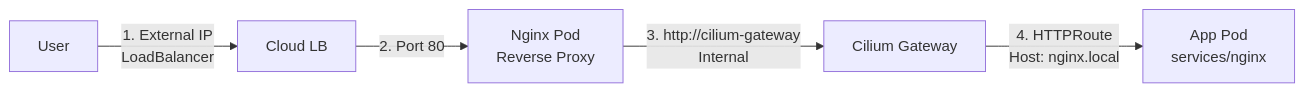
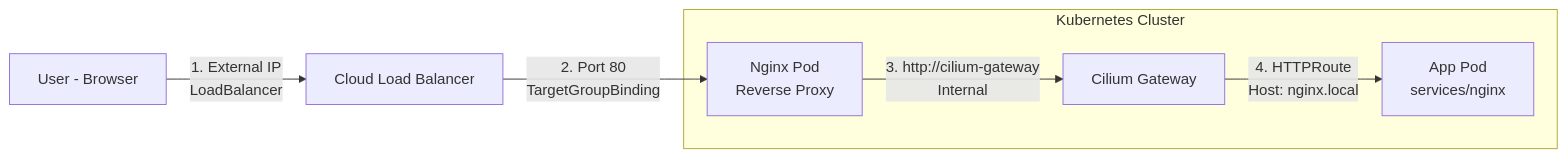
One commit to panicboat/monorepo changed the diagram in README-ja.md. Above: the diagram before and after it, drawn with Mermaid. The commit also changed other lines of this file and 4 other files, not shown here.

````diff
--- a/README-ja.md
+++ b/README-ja.md
@@ -36,7 +42,10 @@
 ```mermaid
 graph LR
-    User[User] -- "1. External IP<br>LoadBalancer" --> NginxLB[Cloud LB]
-    NginxLB -- "2. Port 80" --> NginxPod[Nginx Pod<br>Reverse Proxy]
+  User[User - Browser] -- "1. External IP<br>LoadBalancer" --> NginxLB[Cloud Load Balancer]
+  NginxLB -- "2. Port 80<br>TargetGroupBinding" --> NginxPod[Nginx Pod<br>Reverse Proxy]
+
+  subgraph "Kubernetes Cluster"
     NginxPod -- "3. http://cilium-gateway<br>Internal" --> CiliumGw[Cilium Gateway]
     CiliumGw -- "4. HTTPRoute<br>Host: nginx.local" --> AppPod[App Pod<br>services/nginx]
+  end
 ```
````
